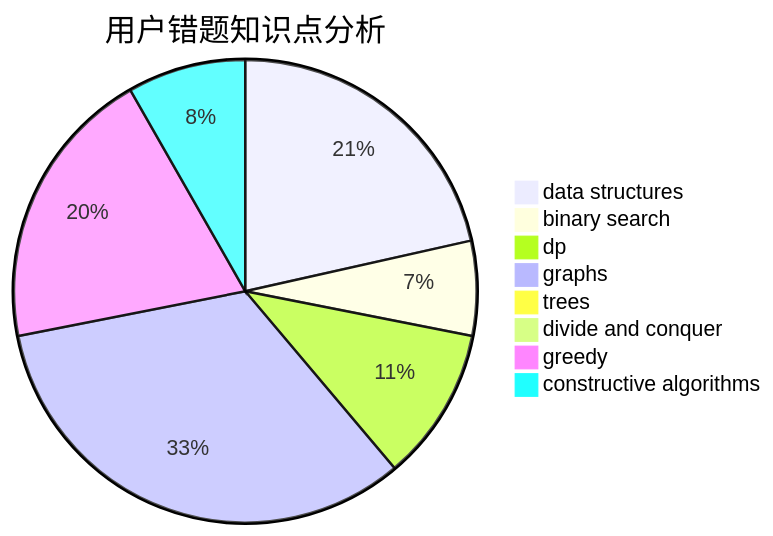
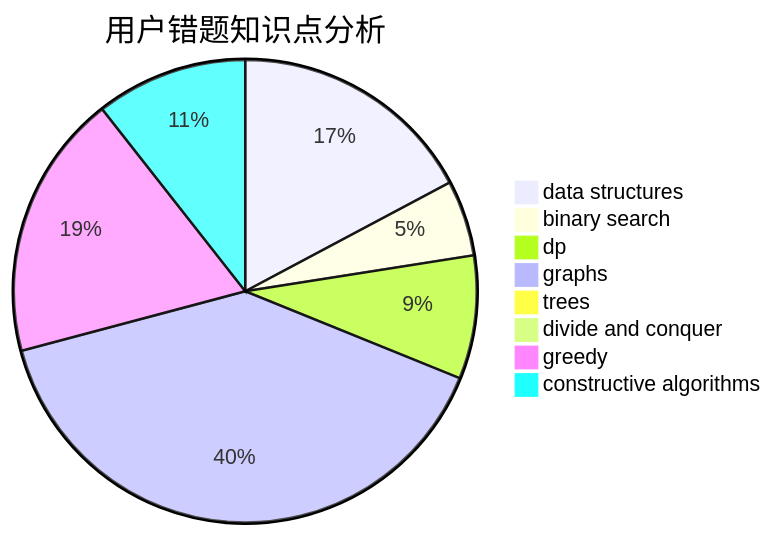
The third of 3 diagrams in docs/user/u1275.md (sherpahu/cfrs.github.io), drawn with Mermaid before and after one commit. The commit also changed other lines of this file and 2770 other files, not shown here.

````diff
--- a/docs/user/u1275.md
+++ b/docs/user/u1275.md
@@ -36,11 +36,11 @@
 ```mermaid
 pie title 用户错题知识点分析
     "data structures" :  26
     "binary search" :  8
     "dp" :  13
-    "graphs" :  40
+    "graphs" :  60
     "trees" :  0
     "divide and conquer" :  0
-    "greedy" :  24
-    "constructive algorithms" :  10
+    "greedy" :  28
+    "constructive algorithms" :  16
 ```
````
